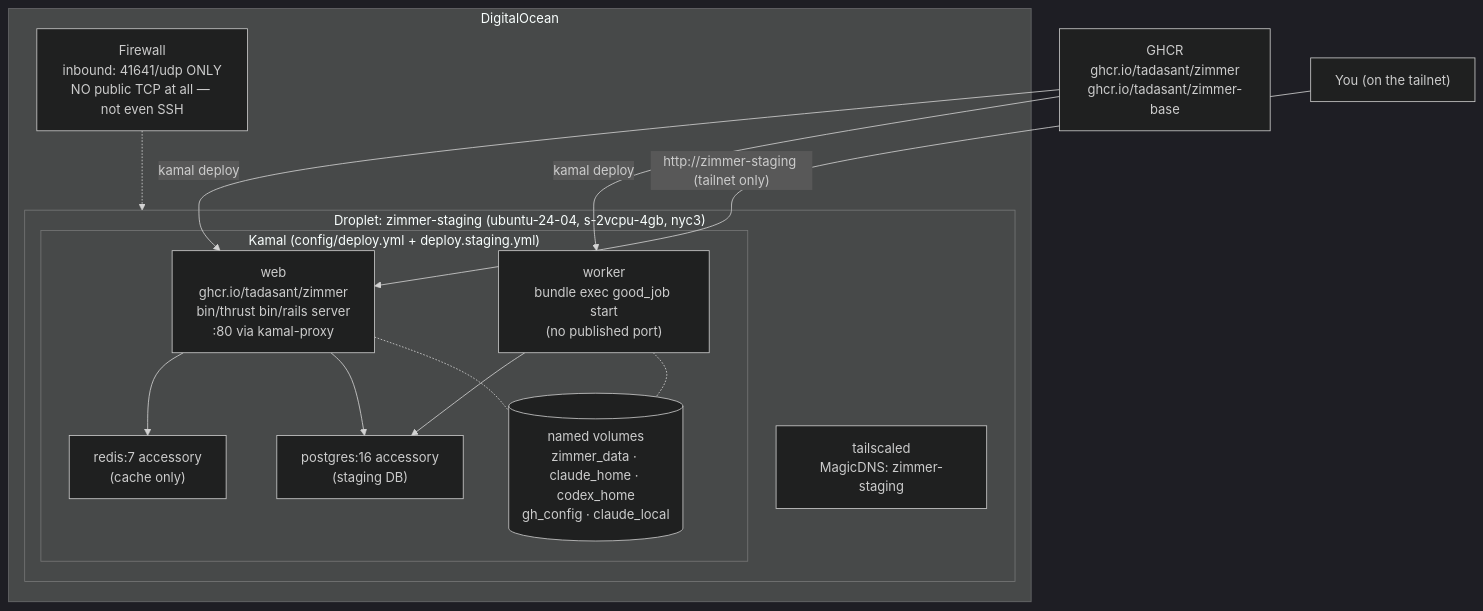
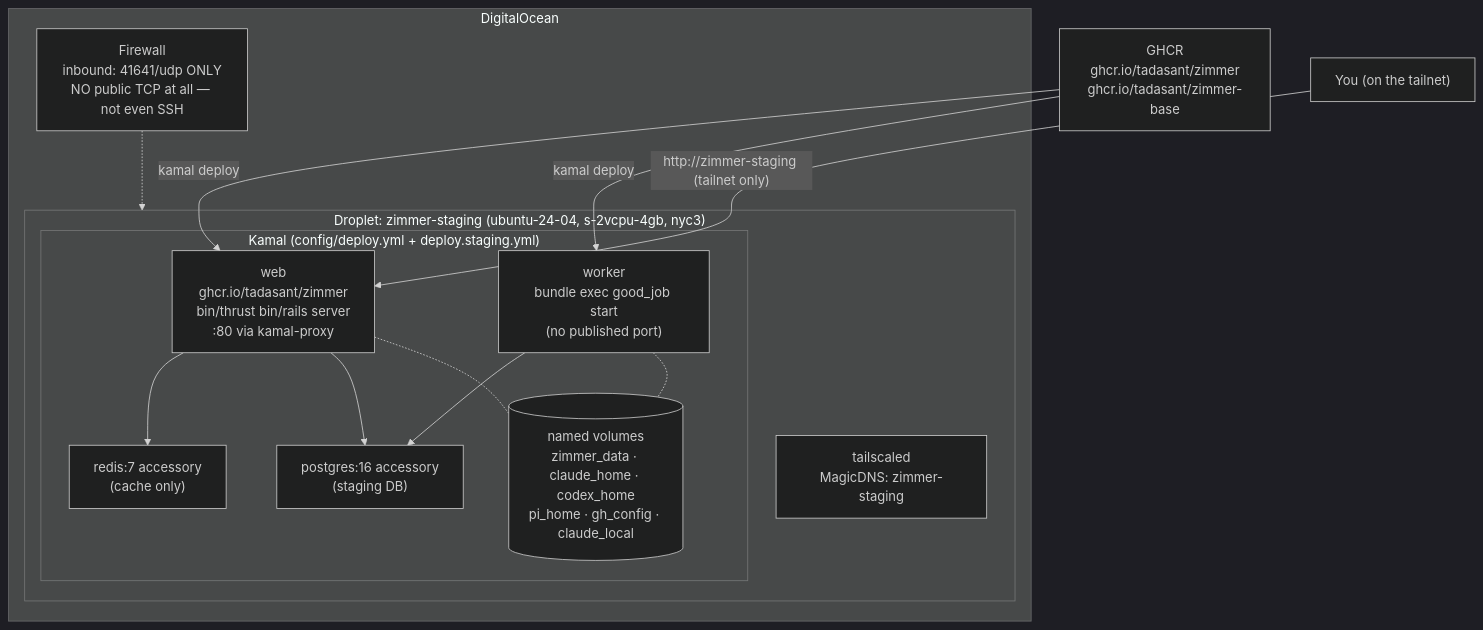
One commit to tadasant/zimmer changed the first of 3 diagrams in docs/src/content/docs/operate/deploying.md. Above: the diagram before and after it, drawn with Mermaid (dark theme). The commit also changed other lines of this file and 12 other files, not shown here.

````diff
--- a/docs/src/content/docs/operate/deploying.md
+++ b/docs/src/content/docs/operate/deploying.md
@@ -22,29 +22,29 @@
 ```mermaid
 flowchart TB
     subgraph do["DigitalOcean"]
         subgraph droplet["Droplet: zimmer-staging (ubuntu-24-04, s-2vcpu-4gb, nyc3)"]
             subgraph kamal["Kamal (config/deploy.yml + deploy.staging.yml)"]
                 WEB["web<br/>ghcr.io/tadasant/zimmer<br/>bin/thrust bin/rails server<br/>:80 via kamal-proxy"]
                 WRK["worker<br/>bundle exec good_job start<br/>(no published port)"]
                 RDS["redis:7 accessory<br/>(cache only)"]
                 DBS["postgres:16 accessory<br/>(staging DB)"]
-                VOL[("named volumes<br/>zimmer_data · claude_home · codex_home<br/>gh_config · claude_local")]
+                VOL[("named volumes<br/>zimmer_data · claude_home · codex_home<br/>pi_home · gh_config · claude_local")]
             end
             TS["tailscaled<br/>MagicDNS: zimmer-staging"]
         end
         FW["Firewall<br/>inbound: 41641/udp ONLY<br/>NO public TCP at all — not even SSH"]
     end
 
     GH["GHCR<br/>ghcr.io/tadasant/zimmer<br/>ghcr.io/tadasant/zimmer-base"]
     U["You (on the tailnet)"]
 
     GH -->|"kamal deploy"| WEB
     GH -->|"kamal deploy"| WRK
     WEB --> RDS
     WEB --> DBS
     WRK --> DBS
     WEB -.- VOL
     WRK -.- VOL
     U -->|"http://zimmer-staging (tailnet only)"| WEB
     FW -.-> droplet
 ```
````
